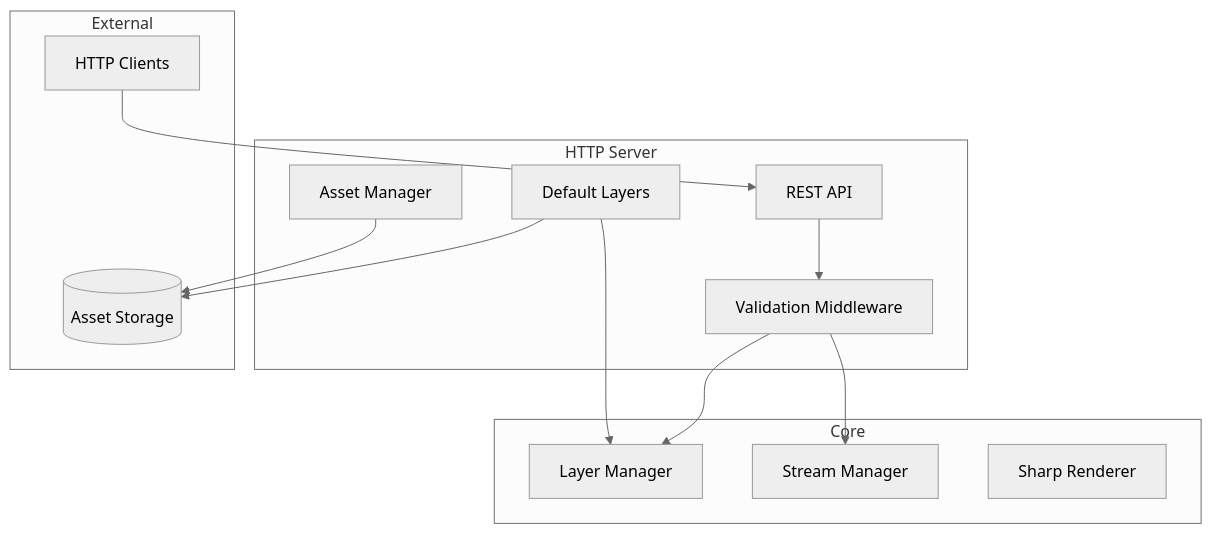
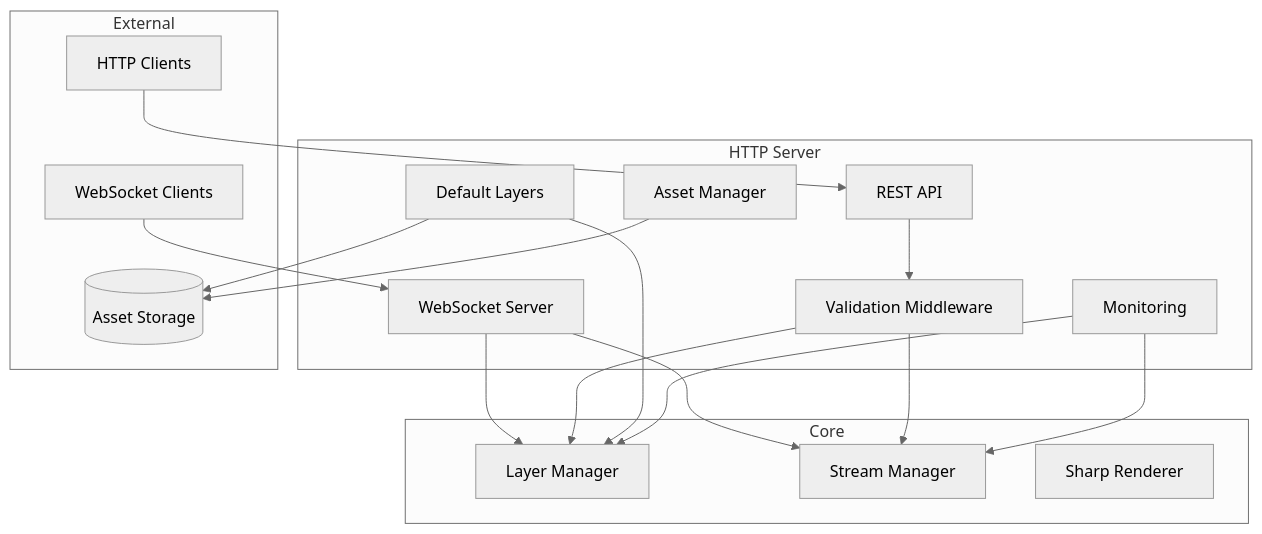
The diagram in apps/stream-manager/src/server/README.md (bigshellpliskin/sothebais), drawn with Mermaid (neutral theme) before and after one commit. The commit also changed other lines of this file and 15 other files, not shown here.

````diff
--- a/apps/stream-manager/src/server/README.md
+++ b/apps/stream-manager/src/server/README.md
@@ -14,28 +16,36 @@
 ```mermaid
 graph TB
     subgraph HTTP Server
         API[REST API]
+        WS[WebSocket Server]
+        MON[Monitoring]
         DL[Default Layers]
         AM[Asset Manager]
         VM[Validation Middleware]
     end
 
     subgraph External
         Client[HTTP Clients]
+        WSClient[WebSocket Clients]
         Assets[(Asset Storage)]
     end
 
     subgraph Core
         LM[Layer Manager]
         SM[Stream Manager]
         SR[Sharp Renderer]
     end
 
     Client --> API
+    WSClient --> WS
+    WS --> LM
+    WS --> SM
     API --> VM
     VM --> LM
     VM --> SM
     DL --> LM
     DL --> Assets
     AM --> Assets
+    MON --> SM
+    MON --> LM
 ```
````
